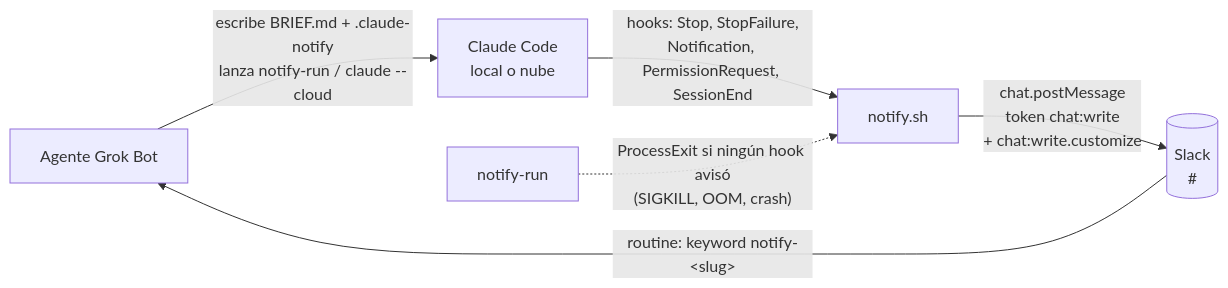
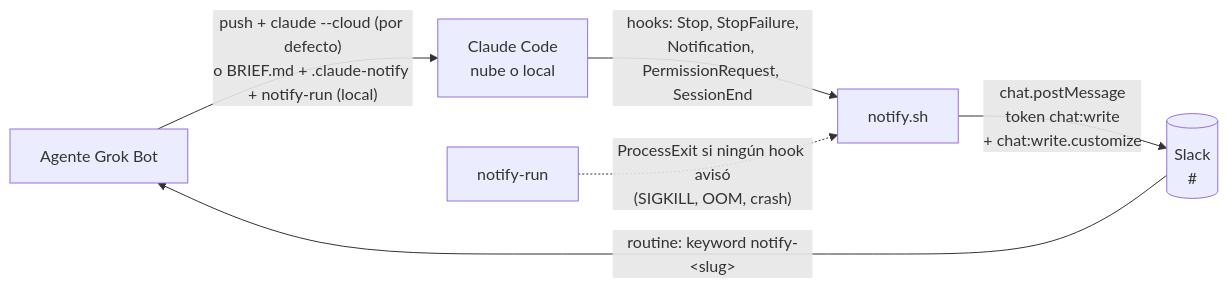
The diagram in README.md (luck-prg/grokbot-claude-code), drawn with Mermaid before and after one commit. The commit also changed other lines of this file and 3 other files, not shown here.

Commit message:
docs: la nube es el modo por defecto; local queda como fallback

````diff
--- a/README.md
+++ b/README.md
@@ -11,8 +11,8 @@
 ```mermaid
 flowchart LR
-  A[Agente Grok Bot] -- "escribe BRIEF.md + .claude-notify<br/>lanza notify-run / claude --cloud" --> C[Claude Code<br/>local o nube]
+  A[Agente Grok Bot] -- "push + claude --cloud (por defecto)<br/>o BRIEF.md + .claude-notify + notify-run (local)" --> C[Claude Code<br/>nube o local]
   C -- "hooks: Stop, StopFailure,<br/>Notification, PermissionRequest, SessionEnd" --> N[notify.sh]
   W[notify-run] -. "ProcessExit si ningún hook avisó<br/>(SIGKILL, OOM, crash)" .-> N
   N -- "chat.postMessage<br/>token chat:write<br/>+ chat:write.customize" --> S[(Slack<br/>#<canal>)]
   S -- "routine: keyword notify-&lt;slug&gt;" --> A
 ```
````
